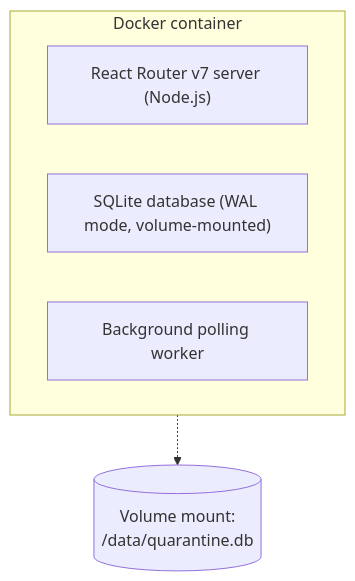
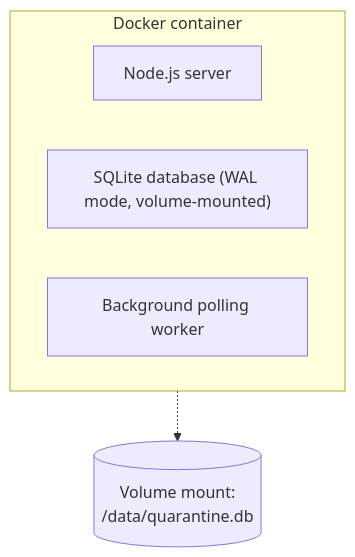
The second of 2 diagrams in docs/specs/architecture.md (mycargus/quarantine), drawn with Mermaid before and after one commit. The commit also changed other lines of this file and 7 other files, not shown here.

````diff
--- a/docs/specs/architecture.md
+++ b/docs/specs/architecture.md
@@ -127,10 +127,10 @@
 ```mermaid
 flowchart TD
     subgraph docker["Docker container"]
-        server["React Router v7 server (Node.js)"]
+        server["Node.js server"]
         sqlite["SQLite database (WAL mode, volume-mounted)"]
         poller["Background polling worker"]
     end
     vol[("Volume mount:<br/>/data/quarantine.db")]
     docker -.-> vol
 ```
````
